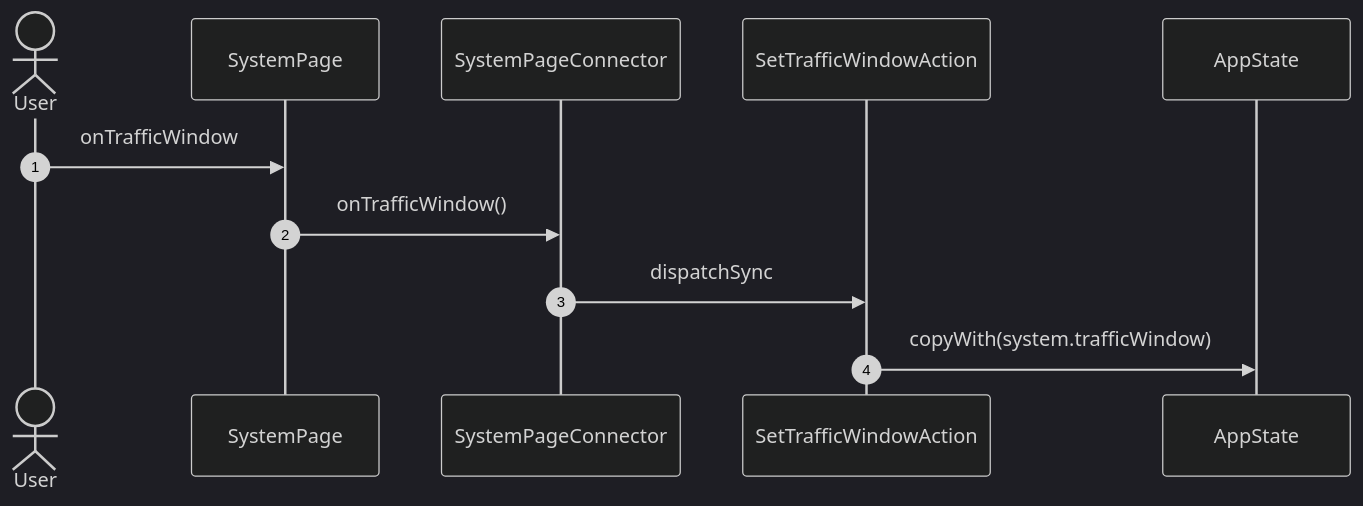
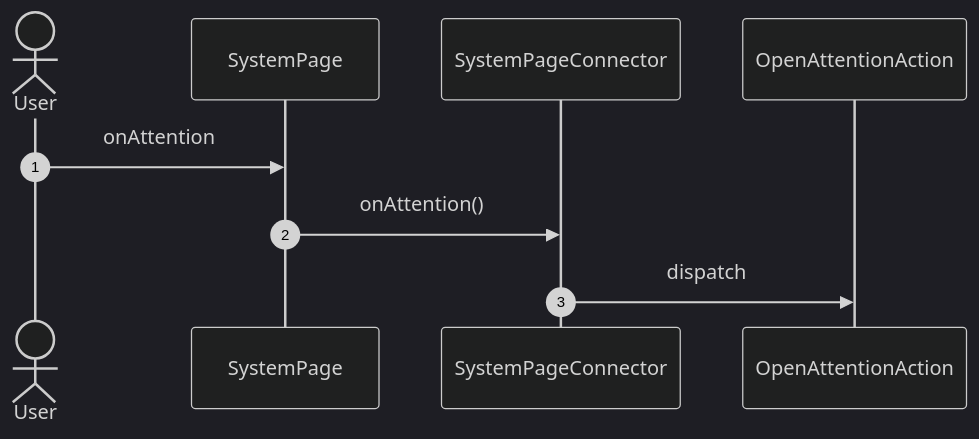
One commit to gencto/wyrm changed the sixth of 26 diagrams in studio/docs/flows/system.md. Above: the diagram before and after it, drawn with Mermaid (dark theme). The commit also changed other lines of this file and 88 other files, not shown here.

First line of the commit message:
studio: system: typed values, words in ui, one action per intent

````diff
--- a/studio/docs/flows/system.md
+++ b/studio/docs/flows/system.md
@@ -149,14 +99,12 @@
 ```mermaid
 sequenceDiagram
     autonumber
     actor User
     participant UI as SystemPage
     participant VM as SystemPageConnector
-    participant A1 as SetTrafficWindowAction
-    participant ST as AppState
+    participant A1 as OpenAttentionAction
 
-    User->>UI: onTrafficWindow
-    UI->>VM: onTrafficWindow()
-    VM->>A1: dispatchSync
-    A1->>ST: copyWith(system.trafficWindow)
+    User->>UI: onAttention
+    UI->>VM: onAttention()
+    VM->>A1: dispatch
 ```
````
